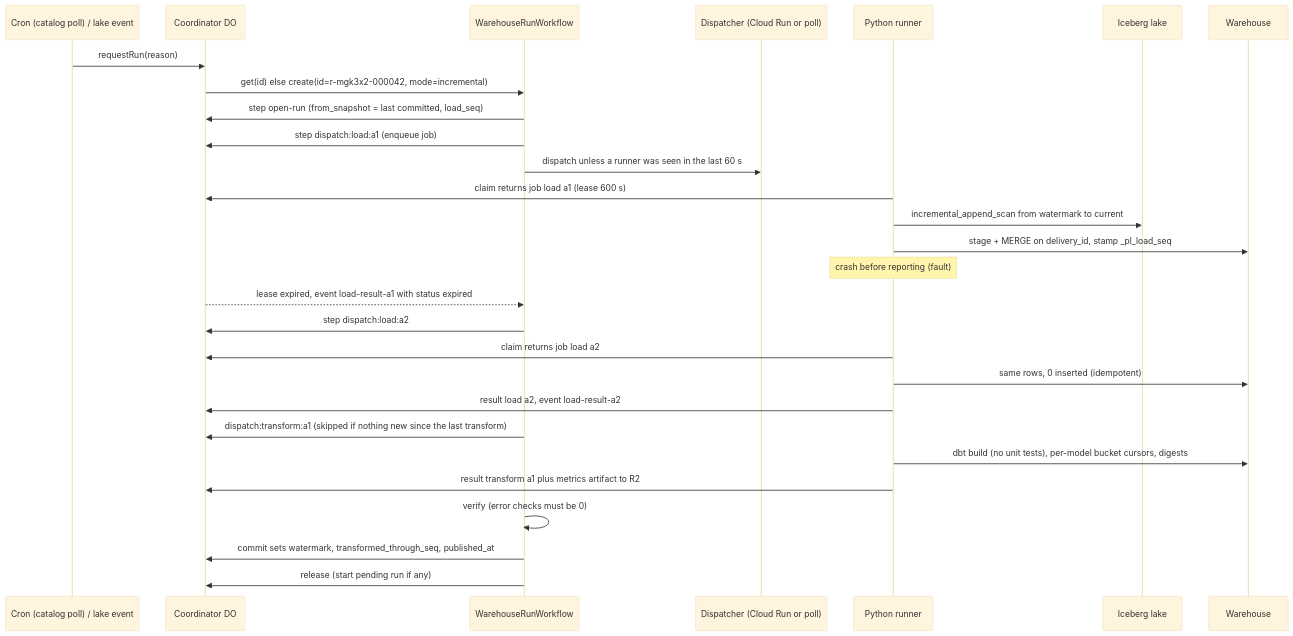
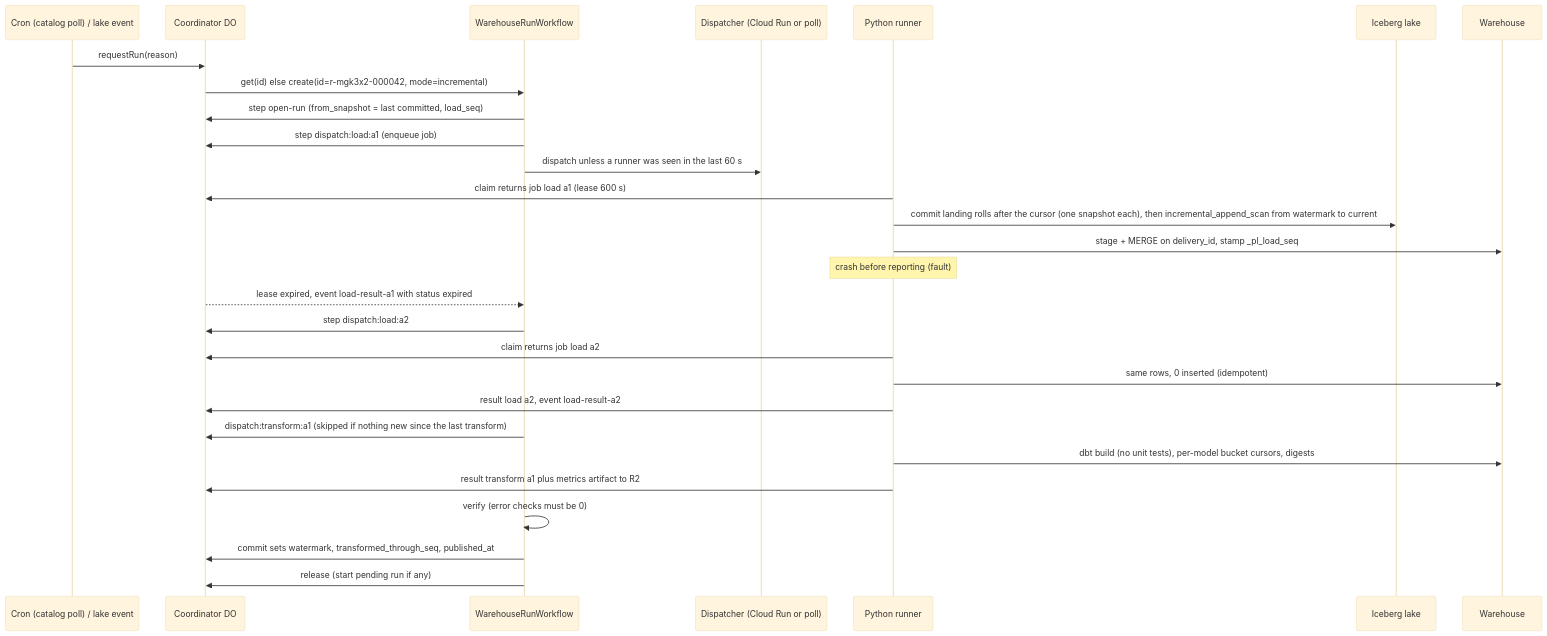
One commit to nitishsjsucs/peoplelake changed the second of 3 diagrams in SPEC.md. Above: the diagram before and after it, drawn with Mermaid (base theme). The commit also changed other lines of this file and 1 other file, not shown here.

````diff
--- a/SPEC.md
+++ b/SPEC.md
@@ -108,30 +119,30 @@
 ```mermaid
 sequenceDiagram
   participant Cron as Cron (catalog poll) / lake event
   participant C as Coordinator DO
   participant WF as WarehouseRunWorkflow
   participant D as Dispatcher (Cloud Run or poll)
   participant R as Python runner
   participant Lake as Iceberg lake
   participant WH as Warehouse
   Cron->>C: requestRun(reason)
   C->>WF: get(id) else create(id=r-mgk3x2-000042, mode=incremental)
   WF->>C: step open-run (from_snapshot = last committed, load_seq)
   WF->>C: step dispatch:load:a1 (enqueue job)
   WF->>D: dispatch unless a runner was seen in the last 60 s
   R->>C: claim returns job load a1 (lease 600 s)
-  R->>Lake: incremental_append_scan from watermark to current
+  R->>Lake: commit landing rolls after the cursor (one snapshot each), then incremental_append_scan from watermark to current
   R->>WH: stage + MERGE on delivery_id, stamp _pl_load_seq
   Note over R: crash before reporting (fault)
   C-->>WF: lease expired, event load-result-a1 with status expired
   WF->>C: step dispatch:load:a2
   R->>C: claim returns job load a2
   R->>WH: same rows, 0 inserted (idempotent)
   R->>C: result load a2, event load-result-a2
   WF->>C: dispatch:transform:a1 (skipped if nothing new since the last transform)
   R->>WH: dbt build (no unit tests), per-model bucket cursors, digests
   R->>C: result transform a1 plus metrics artifact to R2
   WF->>WF: verify (error checks must be 0)
   WF->>C: commit sets watermark, transformed_through_seq, published_at
   WF->>C: release (start pending run if any)
 ```
````
